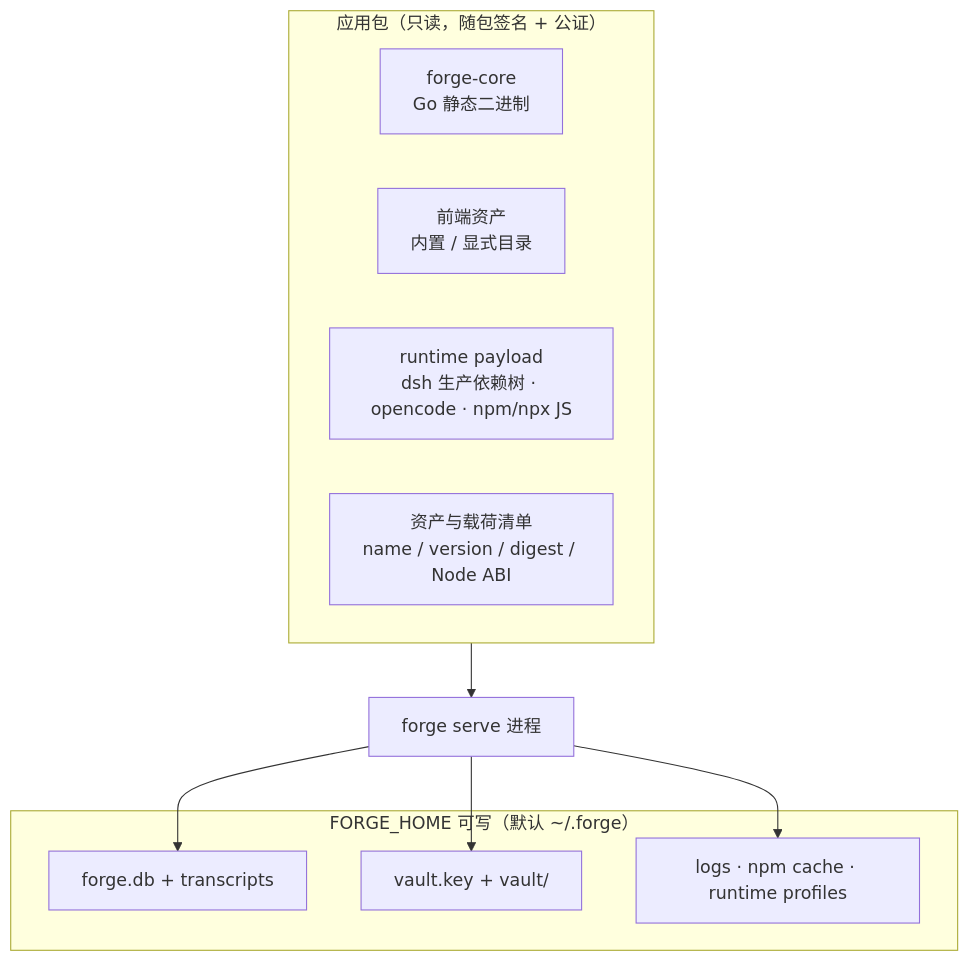
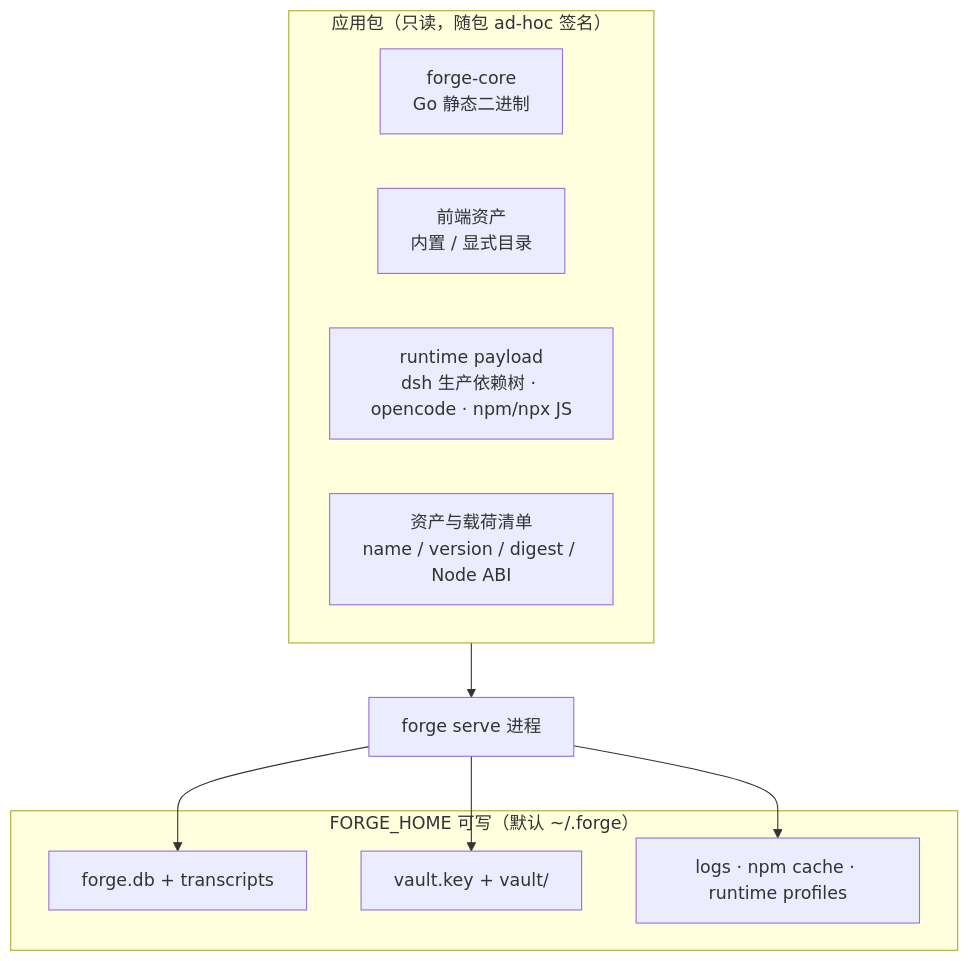
One commit to morehao/ark-mate changed the second of 3 diagrams in docs/desktop-architecture-design-20260928.md. Above: the diagram before and after it, drawn with Mermaid. The commit also changed other lines of this file and 319 other files, not shown here.

````diff
--- a/docs/desktop-architecture-design-20260928.md
+++ b/docs/desktop-architecture-design-20260928.md
@@ -294,19 +294,19 @@
 ```mermaid
 graph TB
-  subgraph Bundle["应用包（只读，随包签名 + 公证）"]
+  subgraph Bundle["应用包（只读，随包 ad-hoc 签名）"]
     CoreBin["forge-core<br>Go 静态二进制"]
     Assets["前端资产<br>内置 / 显式目录"]
     Payload["runtime payload<br>dsh 生产依赖树 · opencode · npm/npx JS"]
     Manifest["资产与载荷清单<br>name / version / digest / Node ABI"]
   end
   subgraph Home["FORGE_HOME 可写（默认 ~/.forge）"]
     DB["forge.db + transcripts"]
     Vault["vault.key + vault/"]
     State["logs · npm cache · runtime profiles"]
   end
   Core["forge serve 进程"]
   Bundle --> Core
   Core --> DB
   Core --> Vault
   Core --> State
 ```
````
